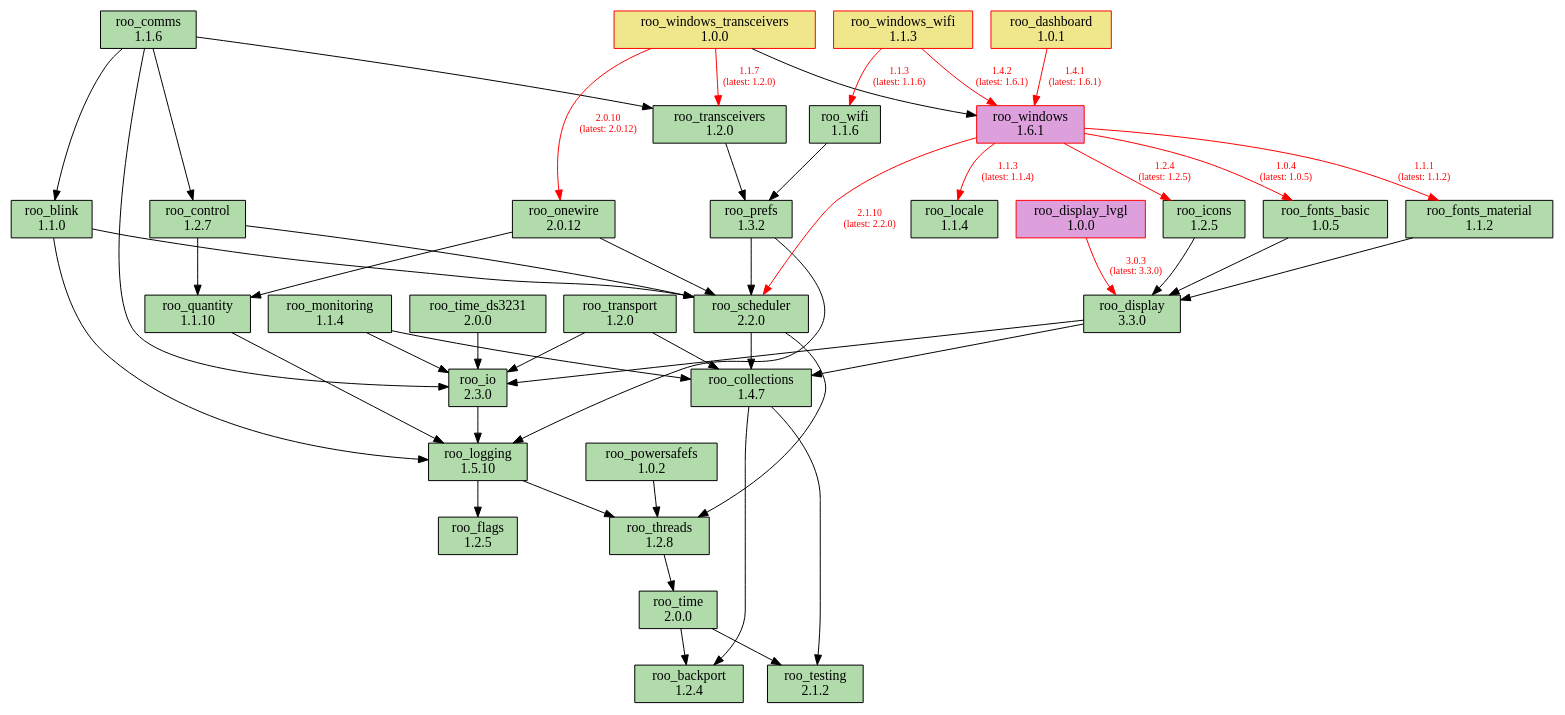
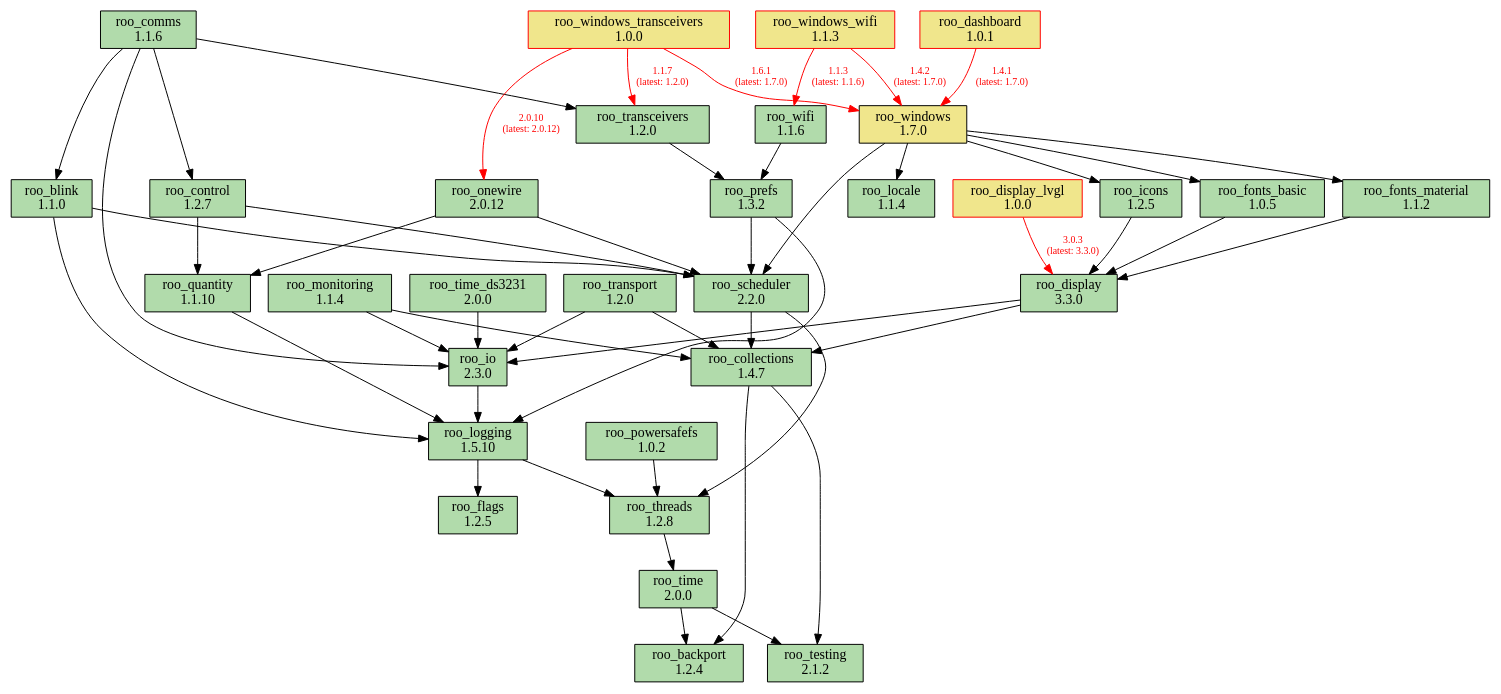
The diagram in doc/dependencies.dot (dejwk/roo-registry), drawn with Graphviz before and after one commit. The commit also changed 3 other files, not shown here.

Commit message:
Added roo_windows 1.7.0 to the registry.

```diff
--- a/doc/dependencies.dot
+++ b/doc/dependencies.dot
@@ -1,88 +1,88 @@
 digraph dependencies {
     rankdir=TB;
     node [shape=box, style=filled];
     edge [fontsize=10];
 
     // Modules
     "roo_backport" [label="roo_backport\n1.2.4", fillcolor="#b1dbab", color="black"];
     "roo_blink" [label="roo_blink\n1.1.0", fillcolor="#b1dbab", color="black"];
     "roo_collections" [label="roo_collections\n1.4.7", fillcolor="#b1dbab", color="black"];
     "roo_comms" [label="roo_comms\n1.1.6", fillcolor="#b1dbab", color="black"];
     "roo_control" [label="roo_control\n1.2.7", fillcolor="#b1dbab", color="black"];
     "roo_dashboard" [label="roo_dashboard\n1.0.1", fillcolor="khaki", color="red"];
     "roo_display" [label="roo_display\n3.3.0", fillcolor="#b1dbab", color="black"];
-    "roo_display_lvgl" [label="roo_display_lvgl\n1.0.0", fillcolor="plum", color="red"];
+    "roo_display_lvgl" [label="roo_display_lvgl\n1.0.0", fillcolor="khaki", color="red"];
     "roo_flags" [label="roo_flags\n1.2.5", fillcolor="#b1dbab", color="black"];
     "roo_fonts_basic" [label="roo_fonts_basic\n1.0.5", fillcolor="#b1dbab", color="black"];
     "roo_fonts_material" [label="roo_fonts_material\n1.1.2", fillcolor="#b1dbab", color="black"];
     "roo_icons" [label="roo_icons\n1.2.5", fillcolor="#b1dbab", color="black"];
     "roo_io" [label="roo_io\n2.3.0", fillcolor="#b1dbab", color="black"];
     "roo_locale" [label="roo_locale\n1.1.4", fillcolor="#b1dbab", color="black"];
     "roo_logging" [label="roo_logging\n1.5.10", fillcolor="#b1dbab", color="black"];
     "roo_monitoring" [label="roo_monitoring\n1.1.4", fillcolor="#b1dbab", color="black"];
     "roo_onewire" [label="roo_onewire\n2.0.12", fillcolor="#b1dbab", color="black"];
     "roo_powersafefs" [label="roo_powersafefs\n1.0.2", fillcolor="#b1dbab", color="black"];
     "roo_prefs" [label="roo_prefs\n1.3.2", fillcolor="#b1dbab", color="black"];
     "roo_quantity" [label="roo_quantity\n1.1.10", fillcolor="#b1dbab", color="black"];
     "roo_scheduler" [label="roo_scheduler\n2.2.0", fillcolor="#b1dbab", color="black"];
     "roo_testing" [label="roo_testing\n2.1.2", fillcolor="#b1dbab", color="black"];
     "roo_threads" [label="roo_threads\n1.2.8", fillcolor="#b1dbab", color="black"];
     "roo_time" [label="roo_time\n2.0.0", fillcolor="#b1dbab", color="black"];
     "roo_time_ds3231" [label="roo_time_ds3231\n2.0.0", fillcolor="#b1dbab", color="black"];
     "roo_transceivers" [label="roo_transceivers\n1.2.0", fillcolor="#b1dbab", color="black"];
     "roo_transport" [label="roo_transport\n1.2.0", fillcolor="#b1dbab", color="black"];
     "roo_wifi" [label="roo_wifi\n1.1.6", fillcolor="#b1dbab", color="black"];
-    "roo_windows" [label="roo_windows\n1.6.1", fillcolor="plum", color="red"];
+    "roo_windows" [label="roo_windows\n1.7.0", fillcolor="khaki", color="black"];
     "roo_windows_transceivers" [label="roo_windows_transceivers\n1.0.0", fillcolor="khaki", color="red"];
     "roo_windows_wifi" [label="roo_windows_wifi\n1.1.3", fillcolor="khaki", color="red"];
 
     // Dependencies
     "roo_blink" -> "roo_logging";
     "roo_blink" -> "roo_scheduler";
     "roo_collections" -> "roo_testing";
     "roo_collections" -> "roo_backport";
     "roo_comms" -> "roo_blink";
     "roo_comms" -> "roo_control";
     "roo_comms" -> "roo_io";
     "roo_comms" -> "roo_transceivers";
     "roo_control" -> "roo_quantity";
     "roo_control" -> "roo_scheduler";
-    "roo_dashboard" -> "roo_windows" [color=red, fontcolor=red, label="1.4.1\n(latest: 1.6.1)"];
+    "roo_dashboard" -> "roo_windows" [color=red, fontcolor=red, label="1.4.1\n(latest: 1.7.0)"];
     "roo_display" -> "roo_collections";
     "roo_display" -> "roo_io";
     "roo_display_lvgl" -> "roo_display" [color=red, fontcolor=red, label="3.0.3\n(latest: 3.3.0)"];
     "roo_fonts_basic" -> "roo_display";
     "roo_fonts_material" -> "roo_display";
     "roo_icons" -> "roo_display";
     "roo_io" -> "roo_logging";
     "roo_logging" -> "roo_flags";
     "roo_logging" -> "roo_threads";
     "roo_monitoring" -> "roo_collections";
     "roo_monitoring" -> "roo_io";
     "roo_onewire" -> "roo_scheduler";
     "roo_onewire" -> "roo_quantity";
     "roo_powersafefs" -> "roo_threads";
     "roo_prefs" -> "roo_logging";
     "roo_prefs" -> "roo_scheduler";
     "roo_quantity" -> "roo_logging";
     "roo_scheduler" -> "roo_collections";
     "roo_scheduler" -> "roo_threads";
     "roo_threads" -> "roo_time";
     "roo_time" -> "roo_testing";
     "roo_time" -> "roo_backport";
     "roo_time_ds3231" -> "roo_io";
     "roo_transceivers" -> "roo_prefs";
     "roo_transport" -> "roo_collections";
     "roo_transport" -> "roo_io";
     "roo_wifi" -> "roo_prefs";
-    "roo_windows" -> "roo_fonts_basic" [color=red, fontcolor=red, label="1.0.4\n(latest: 1.0.5)"];
-    "roo_windows" -> "roo_fonts_material" [color=red, fontcolor=red, label="1.1.1\n(latest: 1.1.2)"];
-    "roo_windows" -> "roo_locale" [color=red, fontcolor=red, label="1.1.3\n(latest: 1.1.4)"];
-    "roo_windows" -> "roo_icons" [color=red, fontcolor=red, label="1.2.4\n(latest: 1.2.5)"];
-    "roo_windows" -> "roo_scheduler" [color=red, fontcolor=red, label="2.1.10\n(latest: 2.2.0)"];
+    "roo_windows" -> "roo_fonts_basic";
+    "roo_windows" -> "roo_fonts_material";
+    "roo_windows" -> "roo_locale";
+    "roo_windows" -> "roo_icons";
+    "roo_windows" -> "roo_scheduler";
     "roo_windows_transceivers" -> "roo_onewire" [color=red, fontcolor=red, label="2.0.10\n(latest: 2.0.12)"];
     "roo_windows_transceivers" -> "roo_transceivers" [color=red, fontcolor=red, label="1.1.7\n(latest: 1.2.0)"];
-    "roo_windows_transceivers" -> "roo_windows";
+    "roo_windows_transceivers" -> "roo_windows" [color=red, fontcolor=red, label="1.6.1\n(latest: 1.7.0)"];
     "roo_windows_wifi" -> "roo_wifi" [color=red, fontcolor=red, label="1.1.3\n(latest: 1.1.6)"];
-    "roo_windows_wifi" -> "roo_windows" [color=red, fontcolor=red, label="1.4.2\n(latest: 1.6.1)"];
+    "roo_windows_wifi" -> "roo_windows" [color=red, fontcolor=red, label="1.4.2\n(latest: 1.7.0)"];
 }
```
